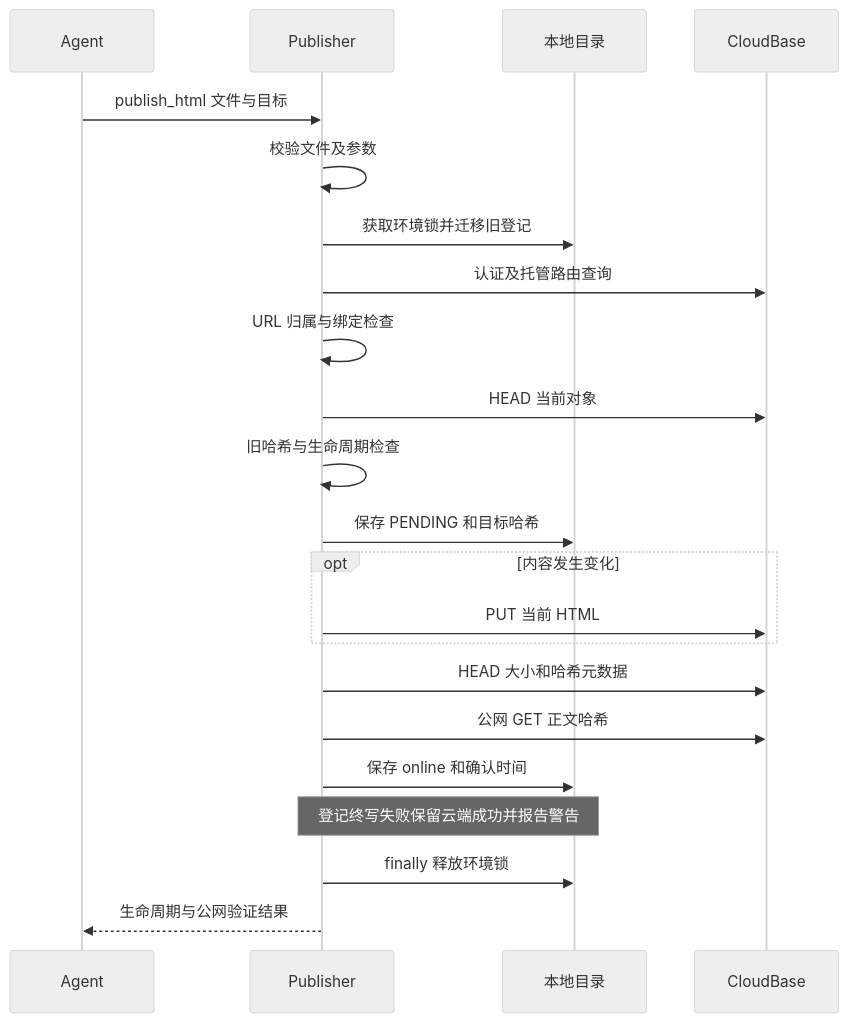
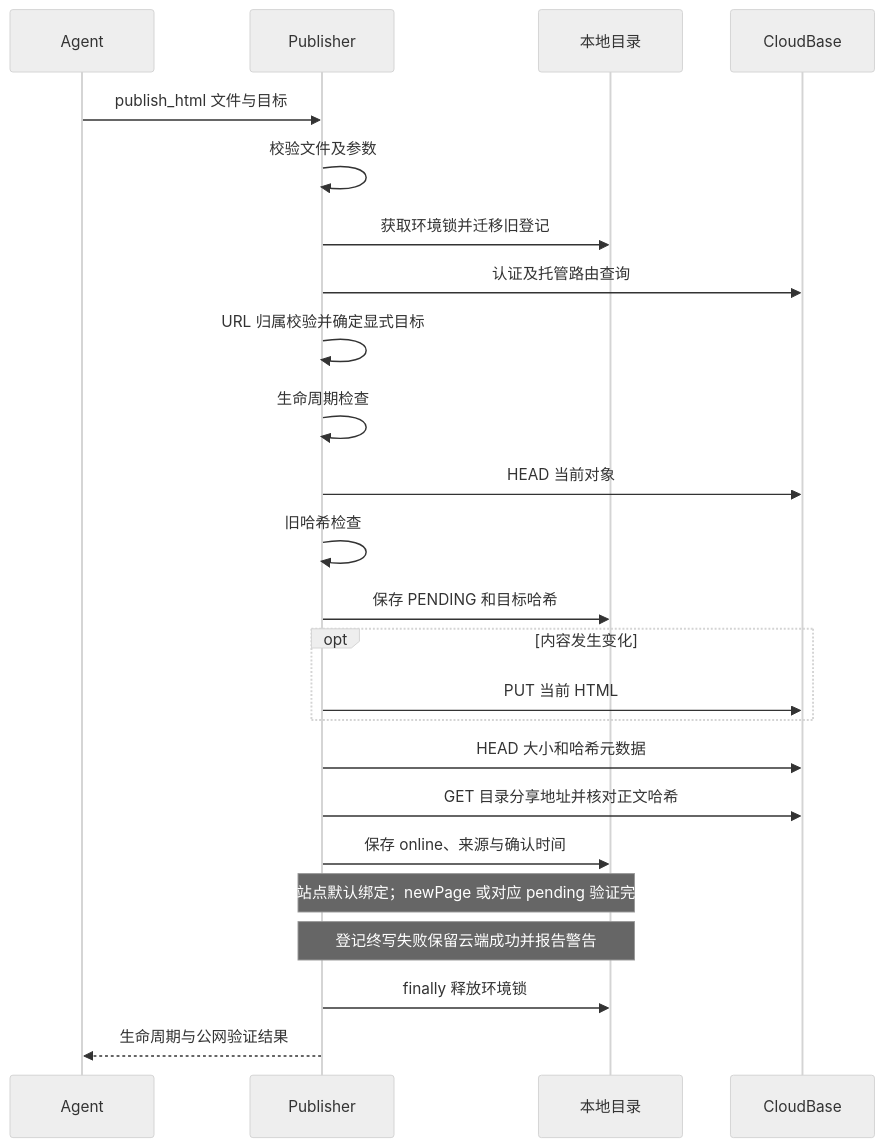
One commit to zyfasos/cloudbase-html-mcp changed the fourth of 6 diagrams in docs/architecture.md. Above: the diagram before and after it, drawn with Mermaid (neutral theme). The commit also changed other lines of this file and 19 other files, not shown here.

````diff
--- a/docs/architecture.md
+++ b/docs/architecture.md
@@ -140,24 +144,26 @@
 ```mermaid
 sequenceDiagram
   participant A as Agent
   participant P as Publisher
   participant R as 本地目录
   participant C as CloudBase
   A->>P: publish_html 文件与目标
   P->>P: 校验文件及参数
   P->>R: 获取环境锁并迁移旧登记
   P->>C: 认证及托管路由查询
-  P->>P: URL 归属与绑定检查
+  P->>P: URL 归属校验并确定显式目标
+  P->>P: 生命周期检查
   P->>C: HEAD 当前对象
-  P->>P: 旧哈希与生命周期检查
+  P->>P: 旧哈希检查
   P->>R: 保存 PENDING 和目标哈希
   opt 内容发生变化
     P->>C: PUT 当前 HTML
   end
   P->>C: HEAD 大小和哈希元数据
-  P->>C: 公网 GET 正文哈希
-  P->>R: 保存 online 和确认时间
+  P->>C: GET 目录分享地址并核对正文哈希
+  P->>R: 保存 online、来源与确认时间
+  Note over P,R: 保留其他站点默认绑定；newPage 或对应 pending 验证完成才切换
   Note over P,R: 登记终写失败保留云端成功并报告警告
   P->>R: finally 释放环境锁
   P-->>A: 生命周期与公网验证结果
 ```
````
